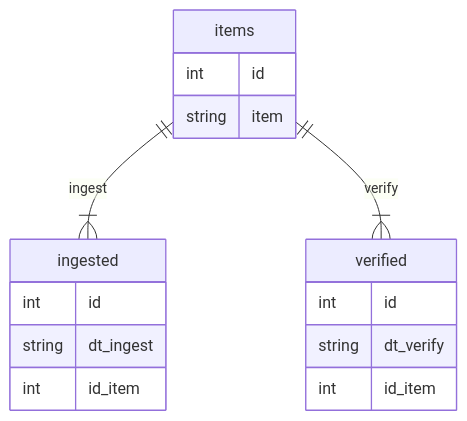
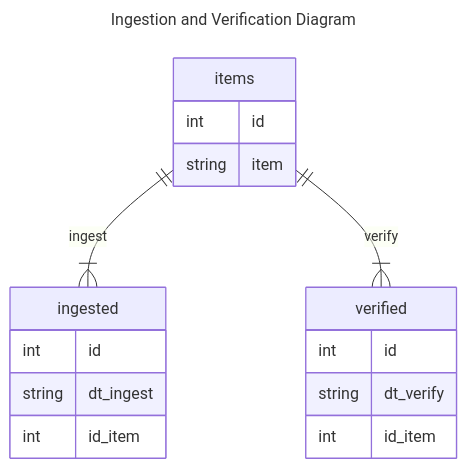
The diagram in README.md (kaust-library-systems/r2pdb), drawn with Mermaid before and after one commit.

Commit message:
added title to diagram

````diff
--- a/README.md
+++ b/README.md
@@ -7,19 +7,22 @@
 ```mermaid
+--- 
+title: Ingestion and Verification Diagram
+---
 erDiagram
     items ||--|{ ingested : ingest
     items {
         int id
         string item
     }
     ingested {
         int id
         string dt_ingest
         int id_item
     }
     items ||--|{ verified: verify
     verified {
         int id
         string dt_verify
         int id_item
     }
 ```
````
